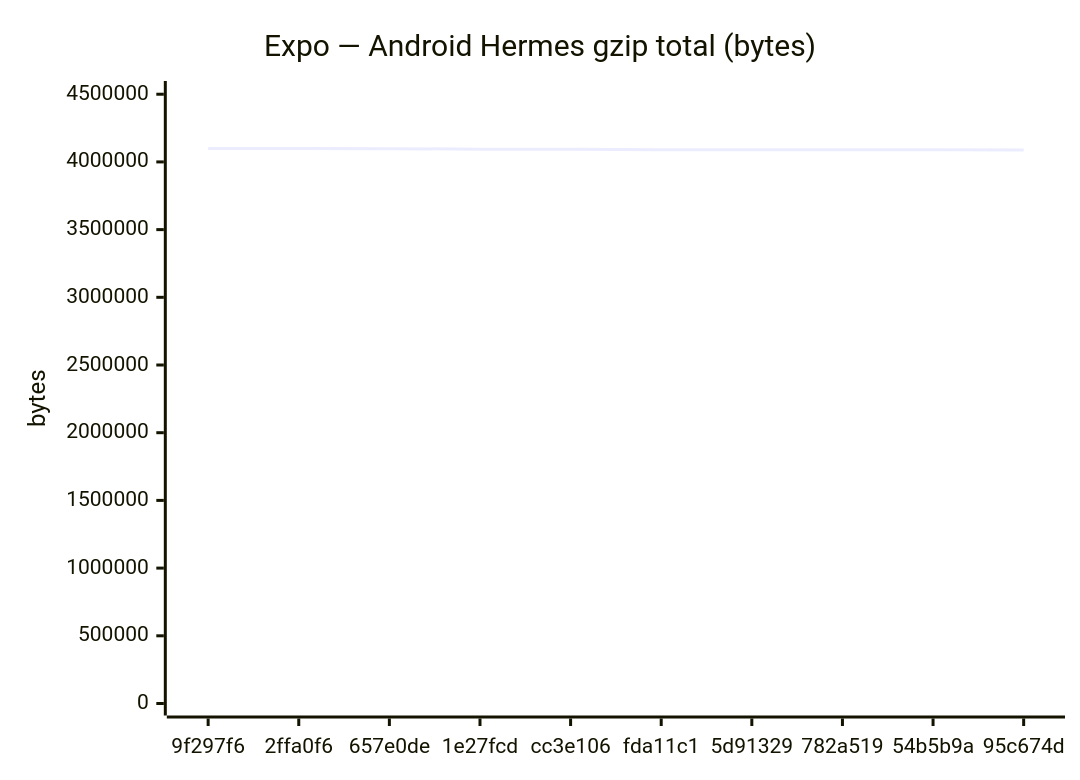
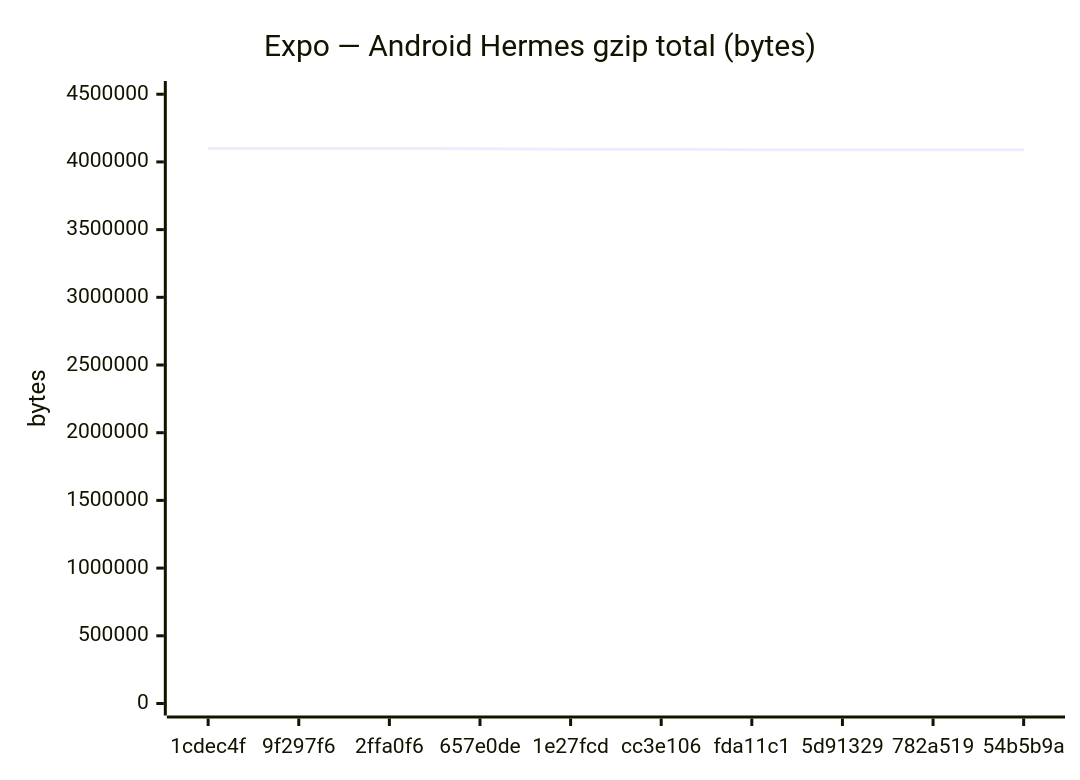
One commit to Metaheurist/Rianell changed the fifth of 18 diagrams in benchmarks/compare.md. Above: the diagram before and after it, drawn with Mermaid. The commit also changed other lines of this file and 11 other files, not shown here.

````diff
--- a/benchmarks/compare.md
+++ b/benchmarks/compare.md
@@ -89,7 +89,7 @@
 ```mermaid
 xychart-beta
     title "Expo — Android Hermes gzip total (bytes)"
-    x-axis ["9f297f6", "2ffa0f6", "657e0de", "1e27fcd", "cc3e106", "fda11c1", "5d91329", "782a519", "54b5b9a", "95c674d"]
+    x-axis ["1cdec4f", "9f297f6", "2ffa0f6", "657e0de", "1e27fcd", "cc3e106", "fda11c1", "5d91329", "782a519", "54b5b9a"]
     y-axis "bytes" 0 --> 4509037
-    line [4099121, 4099124, 4098083, 4094465, 4094465, 4090789, 4090787, 4090360, 4089313, 4088814]
+    line [4099120, 4099121, 4099124, 4098083, 4094465, 4094465, 4090789, 4090787, 4090360, 4089313]
 ```
````
